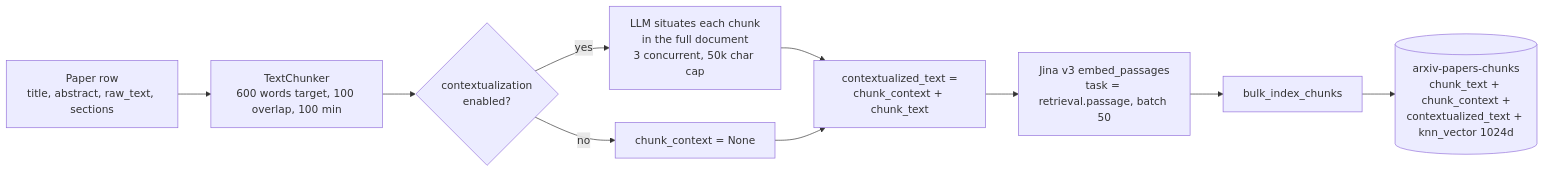
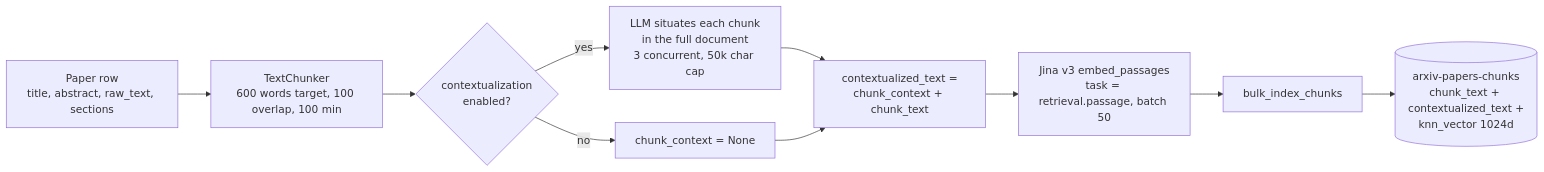
Before and after one commit to apssouza22/production-rag: the third of 12 diagrams in docs/ARTICLE.md, drawn with Mermaid. The commit also changed other lines of this file and 2 other files, not shown here.

Commit message:
remove chunk_context from chunk_index_schema

````diff
--- a/docs/ARTICLE.md
+++ b/docs/ARTICLE.md
@@ -131,12 +131,12 @@
 ```mermaid
 flowchart LR
     A["Paper row<br/>title, abstract, raw_text, sections"] --> B["TextChunker<br/>600 words target, 100 overlap, 100 min"]
     B --> C{"contextualization<br/>enabled?"}
     C -->|"yes"| D["LLM situates each chunk<br/>in the full document<br/>3 concurrent, 50k char cap"]
     C -->|"no"| E["chunk_context = None"]
     D --> F["contextualized_text =<br/>chunk_context + chunk_text"]
     E --> F
     F --> G["Jina v3 embed_passages<br/>task = retrieval.passage, batch 50"]
     G --> H["bulk_index_chunks"]
-    H --> I[("arxiv-papers-chunks<br/>chunk_text + chunk_context +<br/>contextualized_text + knn_vector 1024d")]
+    H --> I[("arxiv-papers-chunks<br/>chunk_text + contextualized_text +<br/>knn_vector 1024d")]
 ```
````
